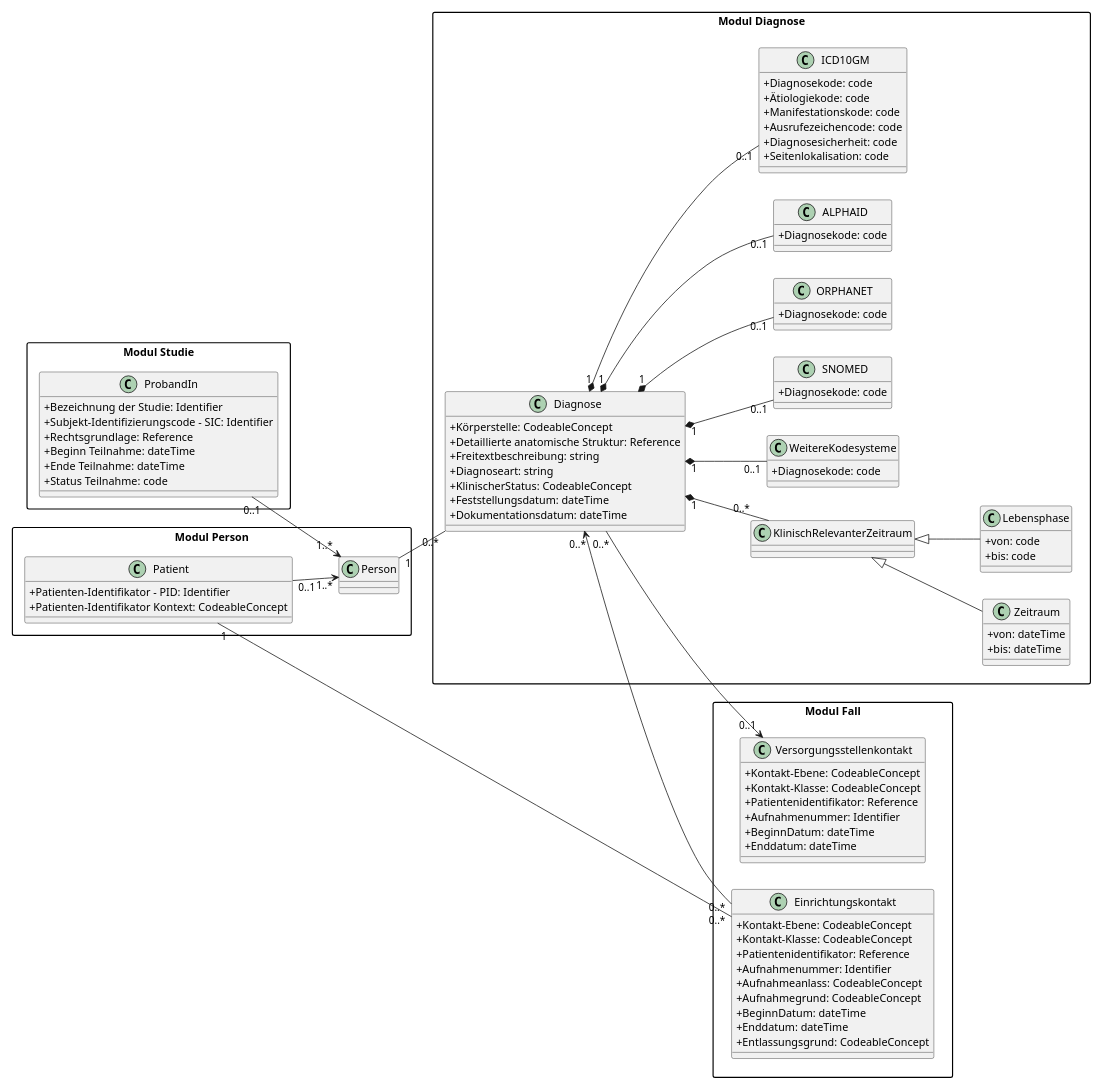
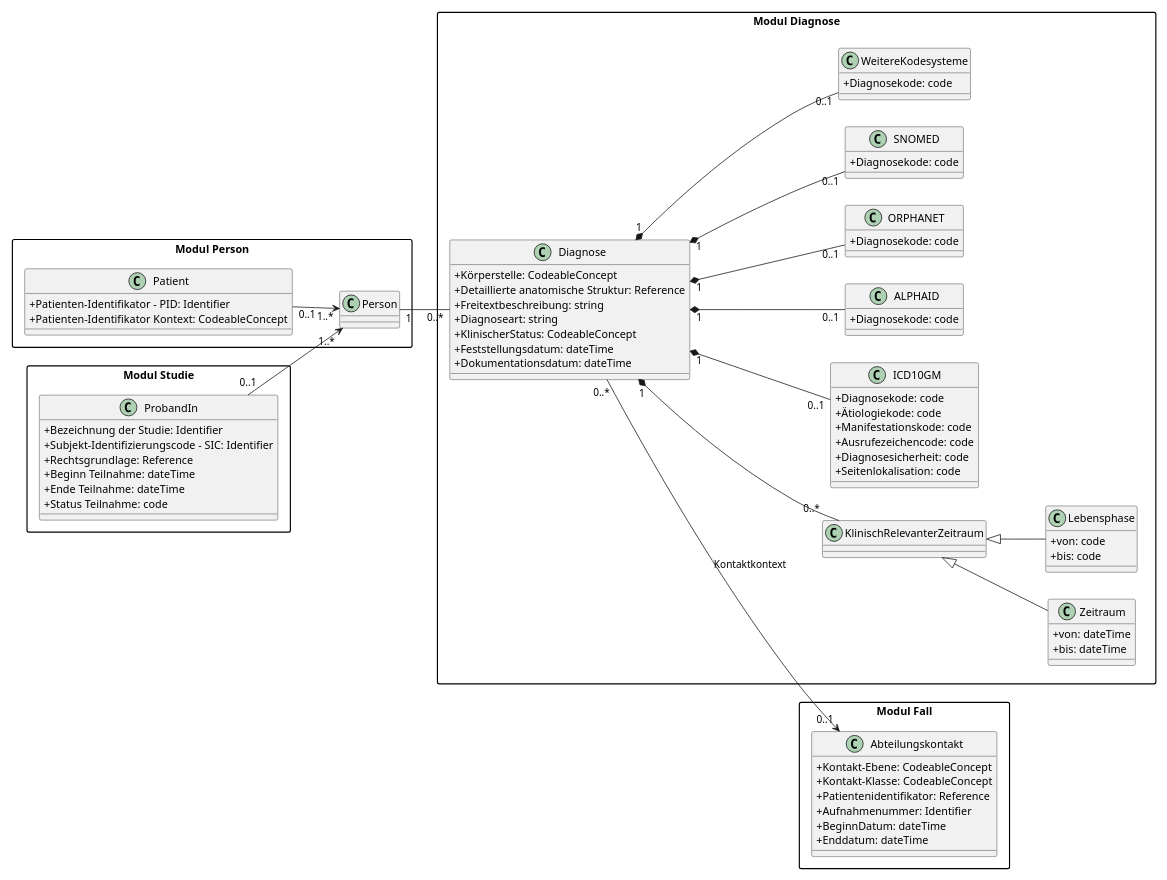
Before and after one commit to medizininformatik-initiative/kerndatensatz-basis: the diagram in input/images-source/diagnose-uml.plantuml, drawn with PlantUML. The commit also changed 6 other files, not shown here.

Commit message:
fix(uml): align contact relationships with IG guidance

```diff
--- a/input/images-source/diagnose-uml.plantuml
+++ b/input/images-source/diagnose-uml.plantuml
@@ -1,144 +1,127 @@
 @startuml
 scale 0.7
 skinparam classAttributeIconSize 0
 skinparam shadowing false
 skinparam packageStyle rectangle
 left to right direction
 
 ' ======================================================
 ' LEFT COLUMN — MODUL PERSON
 ' ======================================================
 package "Modul Person" {
     class Person {
     }
 
     class Patient {
       +Patienten-Identifikator – PID: Identifier
       +Patienten-Identifikator Kontext: CodeableConcept
     }
 
 }
 
 ' ======================================================
 ' LEFT COLUMN — MODUL STUDIE
 ' ======================================================
 package "Modul Studie" {
 
     class ProbandIn {
       +Bezeichnung der Studie: Identifier
       +Subjekt-Identifizierungscode – SIC: Identifier
       +Rechtsgrundlage: Reference
       +Beginn Teilnahme: dateTime
       +Ende Teilnahme: dateTime
       +Status Teilnahme: code
     }
 }
 
 ' ======================================================
 ' CENTER COLUMN — MODUL DIAGNOSE
 ' ======================================================
 package "Modul Diagnose" {
 
     class Diagnose {
       +Körperstelle: CodeableConcept
       +Detaillierte anatomische Struktur: Reference
       +Freitextbeschreibung: string
       +Diagnoseart: string
       +KlinischerStatus: CodeableConcept
       +Feststellungsdatum: dateTime
       +Dokumentationsdatum: dateTime
     }
 
     together {
       class KlinischRelevanterZeitraum
       class Zeitraum {
         +von: dateTime
         +bis: dateTime
       }
       class Lebensphase {
         +von: code
         +bis: code
       }
     }
 
     ' ---- Codesystem classes (inside Modul Diagnose) ----
     together {
       class ICD10GM {
         +Diagnosekode: code
         +Ätiologiekode: code
         +Manifestationskode: code
         +Ausrufezeichencode: code
         +Diagnosesicherheit: code
         +Seitenlokalisation: code
       }
 
       class ALPHAID {
         +Diagnosekode: code
       }
 
       class ORPHANET {
         +Diagnosekode: code
       }
 
       class SNOMED {
         +Diagnosekode: code
       }
 
       class WeitereKodesysteme {
         +Diagnosekode: code
       }
     }
 }
 
 ' ======================================================
 ' RIGHT COLUMN — MODUL FALL
 ' ======================================================
 package "Modul Fall" {
-
-    together {
-      class Einrichtungskontakt {
-        +Kontakt-Ebene: CodeableConcept
-        +Kontakt-Klasse: CodeableConcept
-        +Patientenidentifikator: Reference
-        +Aufnahmenummer: Identifier
-        +Aufnahmeanlass: CodeableConcept
-        +Aufnahmegrund: CodeableConcept
-        +BeginnDatum: dateTime
-        +Enddatum: dateTime
-        +Entlassungsgrund: CodeableConcept
-      }
-
-      class Versorgungsstellenkontakt {
-        +Kontakt-Ebene: CodeableConcept
-        +Kontakt-Klasse: CodeableConcept
-        +Patientenidentifikator: Reference
-        +Aufnahmenummer: Identifier
-        +BeginnDatum: dateTime
-        +Enddatum: dateTime
-      }
+    class Abteilungskontakt {
+      +Kontakt-Ebene: CodeableConcept
+      +Kontakt-Klasse: CodeableConcept
+      +Patientenidentifikator: Reference
+      +Aufnahmenummer: Identifier
+      +BeginnDatum: dateTime
+      +Enddatum: dateTime
     }
 }
 
 ' ======================================================
-' RELATIONSHIPS (unchanged)
+' RELATIONSHIPS
 ' ======================================================
 
 Person "1" -- "0..*" Diagnose
 Patient "0..1" --> "1..*" Person
 ProbandIn "0..1" --> "1..*" Person
-Patient "1" -- "0..*" Einrichtungskontakt
 
 Diagnose "1" *-- "0..*" KlinischRelevanterZeitraum
 KlinischRelevanterZeitraum <|-- Zeitraum
 KlinischRelevanterZeitraum <|-- Lebensphase
 
-Diagnose "0..*" <-- "0..*" Einrichtungskontakt
-Diagnose "0..*" --> "0..1" Versorgungsstellenkontakt
+Diagnose           "0..*" --> "0..1" Abteilungskontakt : Kontaktkontext
 
 Diagnose "1" *-- "0..1" SNOMED
 Diagnose "1" *-- "0..1" ALPHAID
 Diagnose "1" *-- "0..1" ORPHANET
 Diagnose "1" *-- "0..1" WeitereKodesysteme
 Diagnose "1" *-- "0..1" ICD10GM
 
 @enduml
```
